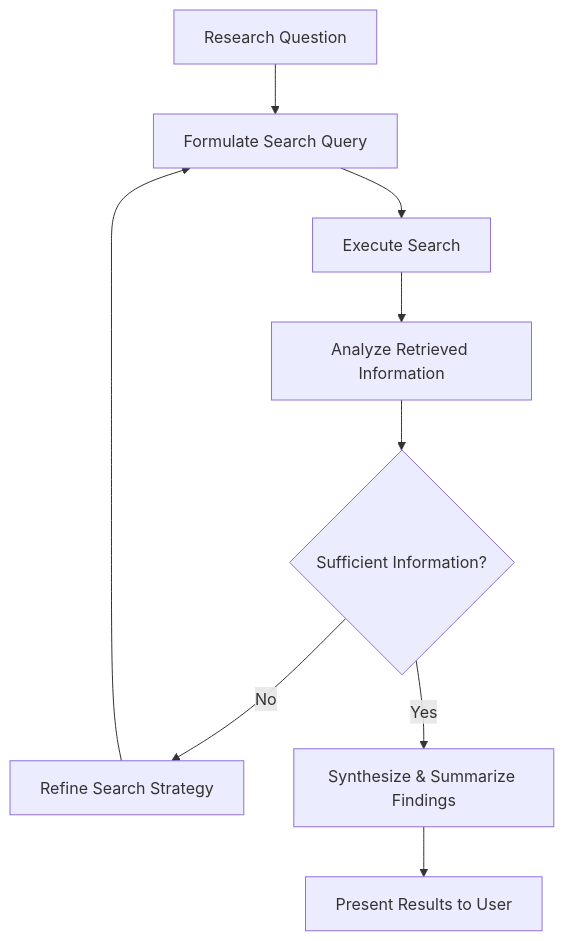
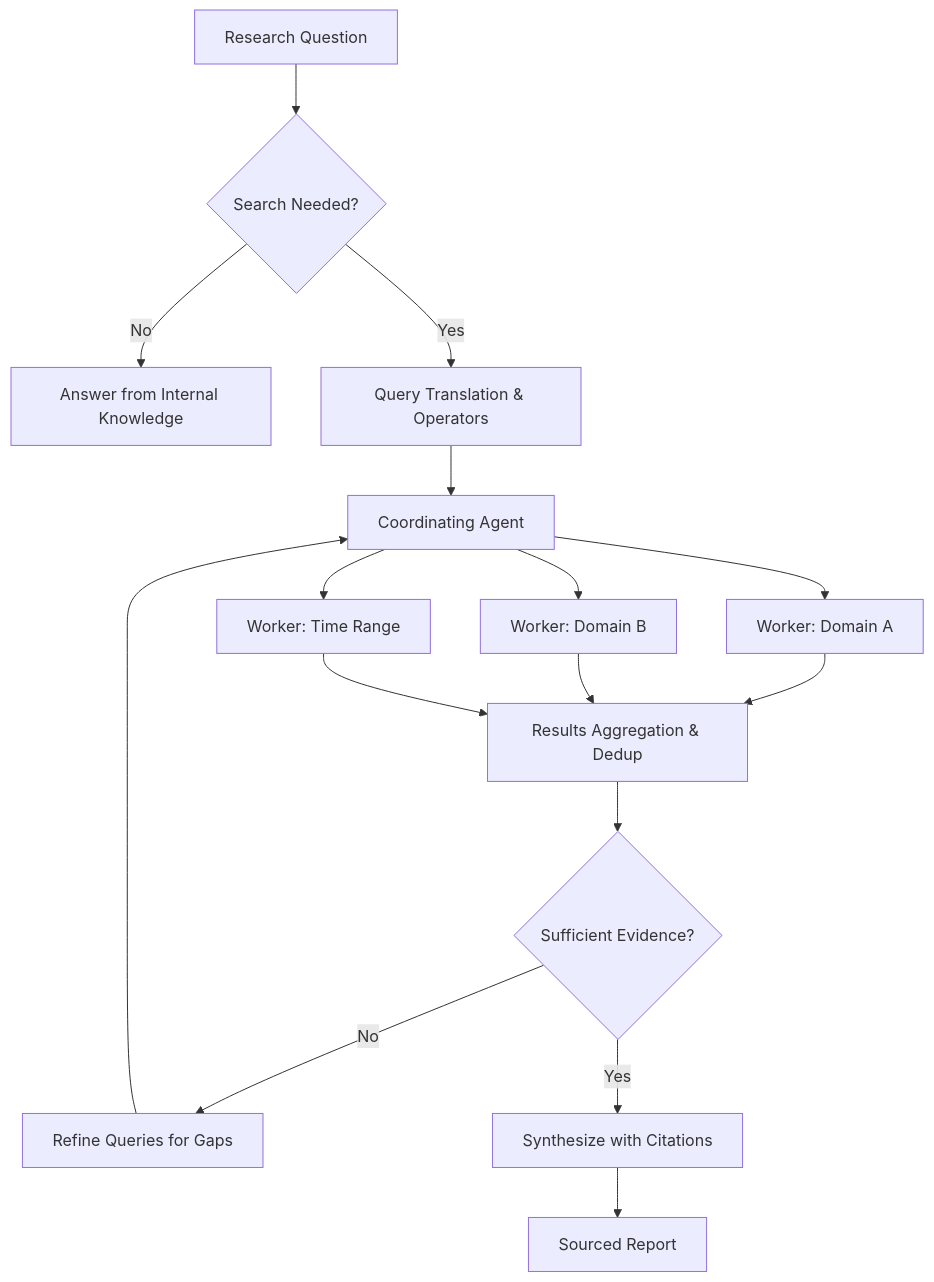
Before and after one commit to nibzard/awesome-agentic-patterns: the diagram in patterns/agent-driven-research.md, drawn with Mermaid. The commit also changed other lines of this file and 820 other files, not shown here.

````diff
--- a/patterns/agent-driven-research.md
+++ b/patterns/agent-driven-research.md
@@ -39,11 +53,18 @@
 ```mermaid
 flowchart TD
-    A[Research Question] --> B[Formulate Search Query]
-    B --> C[Execute Search]
-    C --> D[Analyze Retrieved Information]
-    D --> E{Sufficient Information?}
-    E -->|No| F[Refine Search Strategy]
-    F --> B
-    E -->|Yes| G[Synthesize & Summarize Findings]
-    G --> H[Present Results to User]
+    Q[Research Question] --> S{Search Needed?}
+    S -->|No| K[Answer from Internal Knowledge]
+    S -->|Yes| T[Query Translation & Operators]
+    T --> C[Coordinating Agent]
+    C --> W1[Worker: Domain A]
+    C --> W2[Worker: Domain B]
+    C --> W3[Worker: Time Range]
+    W1 --> R[Results Aggregation & Dedup]
+    W2 --> R
+    W3 --> R
+    R --> E{Sufficient Evidence?}
+    E -->|No| F[Refine Queries for Gaps]
+    F --> C
+    E -->|Yes| G[Synthesize with Citations]
+    G --> H[Sourced Report]
 ```
````
